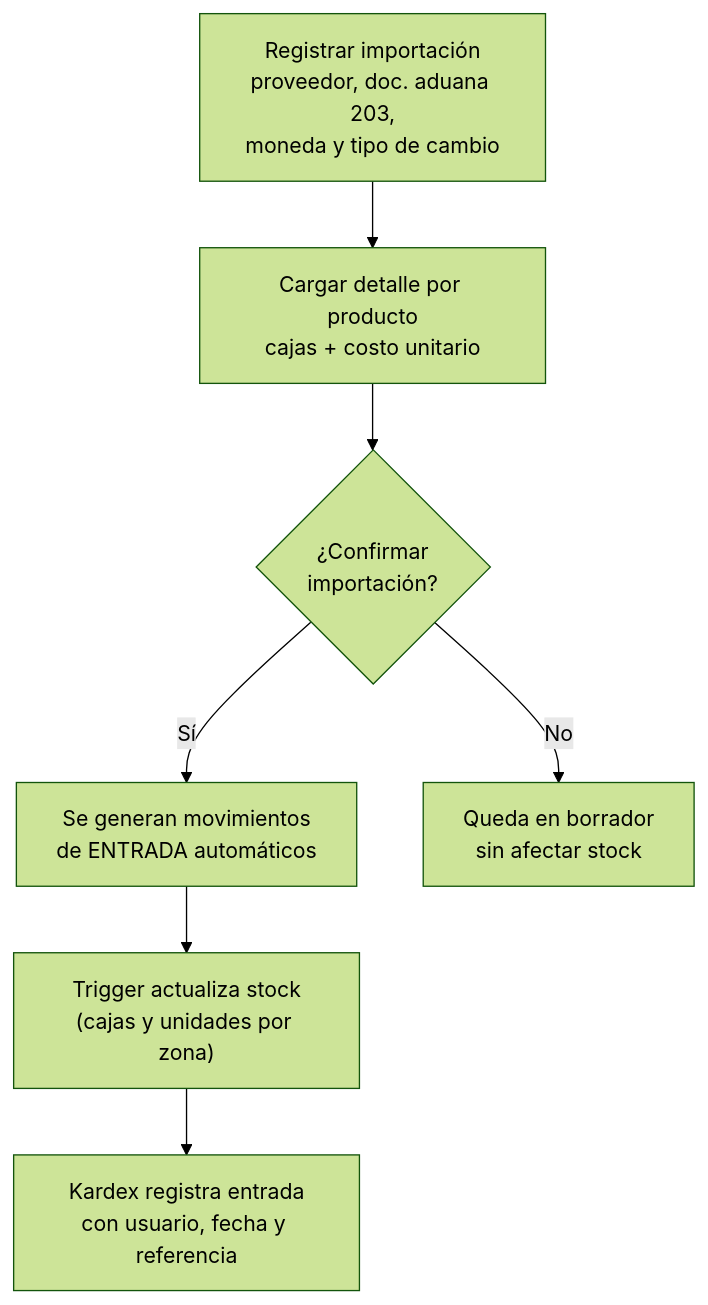
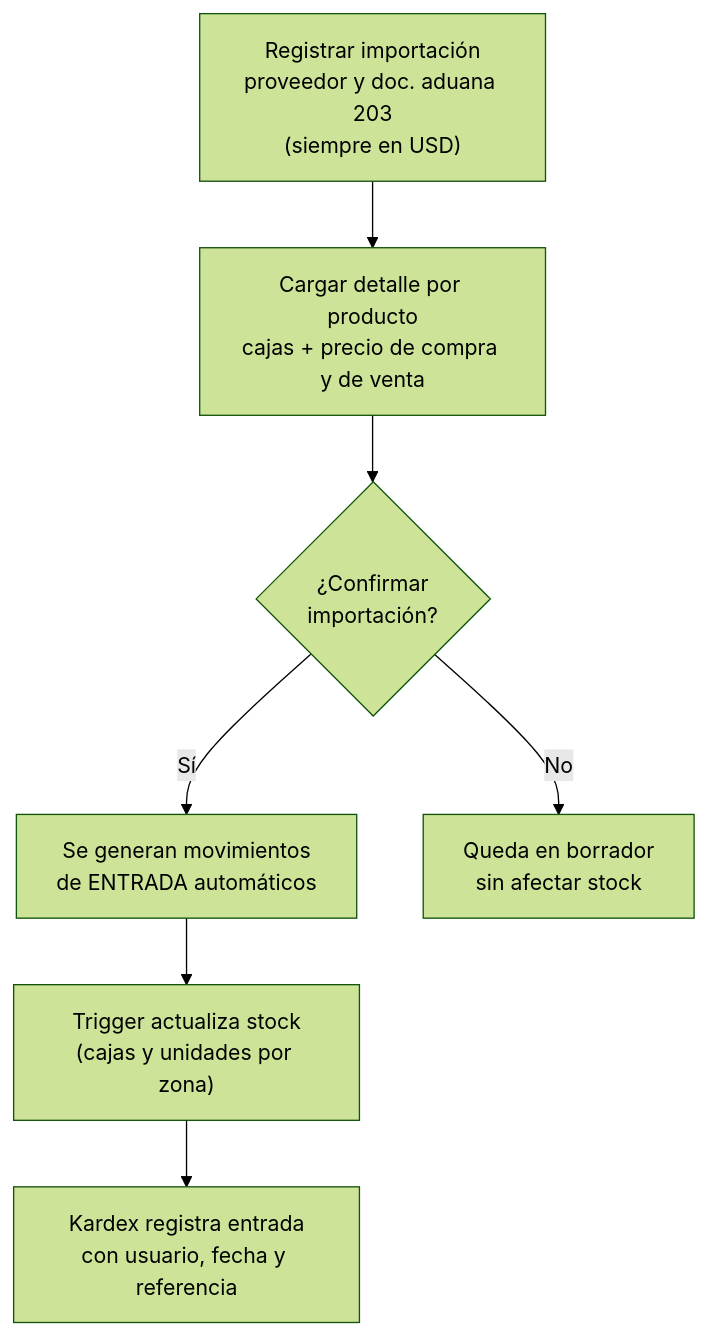
Before and after one commit to dynamiccoding01/hongteng-prueba: the second of 7 diagrams in FLUJO.md, drawn with Mermaid (forest theme). The commit also changed 67 other files, not shown here.

````diff
--- a/FLUJO.md
+++ b/FLUJO.md
@@ -17,9 +17,9 @@
 ```mermaid
 flowchart TD
-    A["Registrar importación<br/>proveedor, doc. aduana 203,<br/>moneda y tipo de cambio"] --> B["Cargar detalle por producto<br/>cajas + costo unitario"]
+    A["Registrar importación<br/>proveedor y doc. aduana 203<br/>(siempre en USD)"] --> B["Cargar detalle por producto<br/>cajas + precio de compra y de venta"]
     B --> C{"¿Confirmar<br/>importación?"}
     C -->|Sí| D["Se generan movimientos<br/>de ENTRADA automáticos"]
     D --> E["Trigger actualiza stock<br/>(cajas y unidades por zona)"]
     E --> F["Kardex registra entrada<br/>con usuario, fecha y referencia"]
     C -->|No| G["Queda en borrador<br/>sin afectar stock"]
 ```
````
